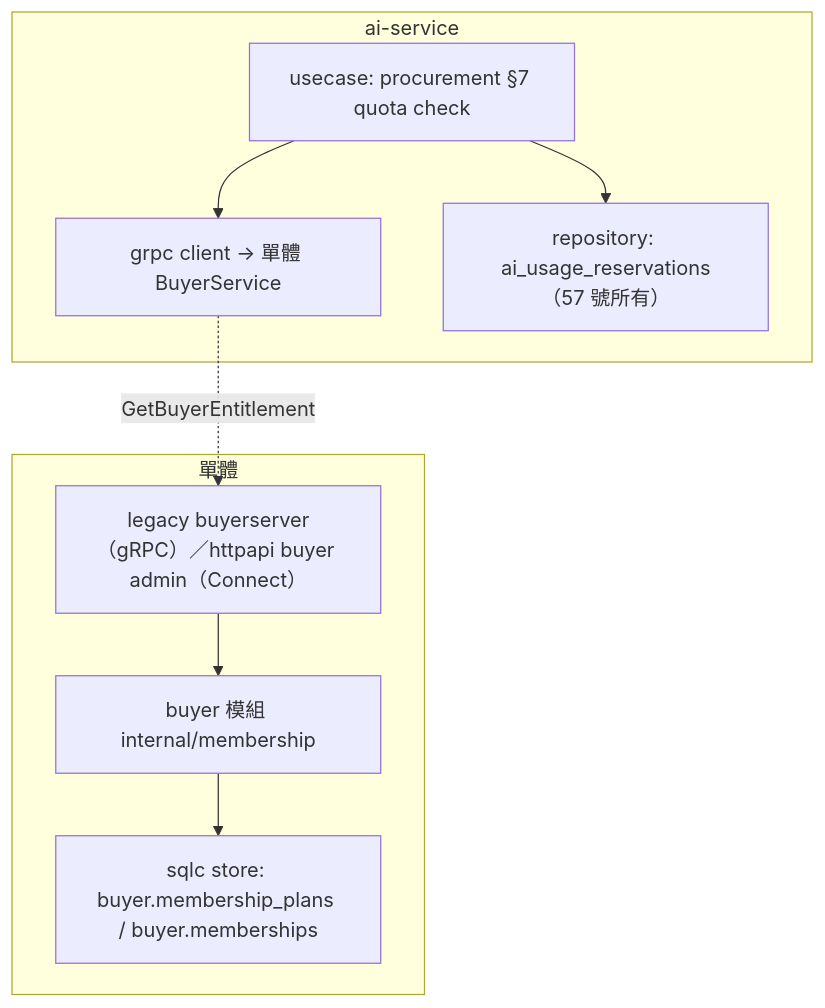
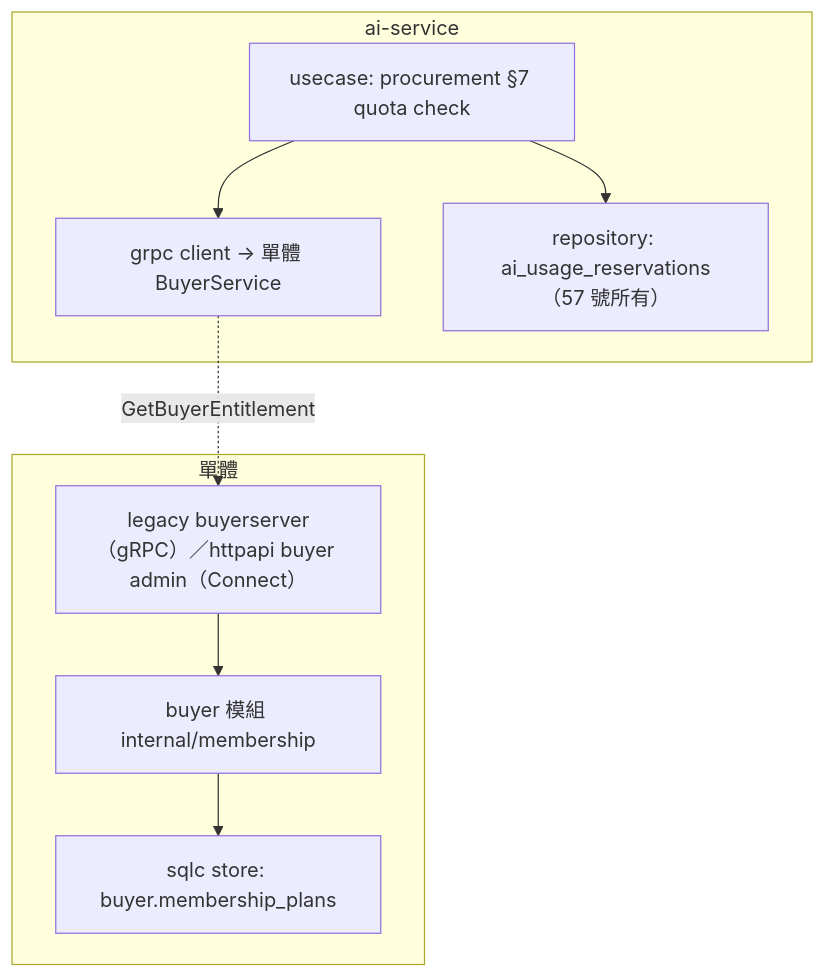
One commit to Will413028/hawkr changed the second of 4 diagrams in backend/docs/詳細設計書/59-買家會員分級與 Agent 額度方案（Buyer Membership & Entitlement）詳細設計書.md. Above: the diagram before and after it, drawn with Mermaid. The commit also changed other lines of this file and 6 other files, not shown here.

First line of the commit message:
docs(backend): drop deleted RPC references from buyer.proto and update membership design doc

````diff
--- a/backend/docs/詳細設計書/59-買家會員分級與 Agent 額度方案（Buyer Membership & Entitlement）詳細設計書.md
+++ b/backend/docs/詳細設計書/59-買家會員分級與 Agent 額度方案（Buyer Membership & Entitlement）詳細設計書.md
@@ -99,12 +99,12 @@
 ```mermaid
 flowchart TB
   subgraph bs["單體"]
     BSH["legacy buyerserver（gRPC）／httpapi buyer admin（Connect）"] --> BSU["buyer 模組 internal/membership"]
-    BSU --> BSR["sqlc store: buyer.membership_plans / buyer.memberships"]
+    BSU --> BSR["sqlc store: buyer.membership_plans"]
   end
   subgraph ai["ai-service"]
     AIU["usecase: procurement §7 quota check"] --> AIC["grpc client → 單體 BuyerService"]
     AIU --> AIR["repository: ai_usage_reservations（57 號所有）"]
   end
   AIC -.->|GetBuyerEntitlement| BSH
 ```
````
